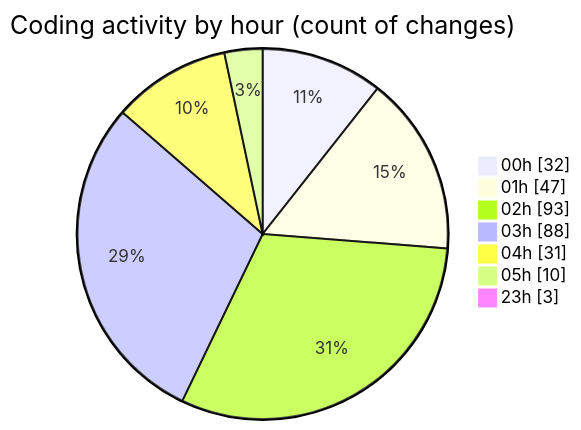
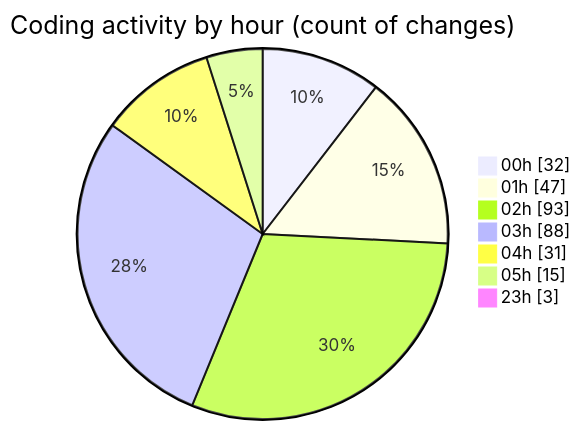
The second of 2 diagrams in 2025-07-28/quanlyrapchieuphim-1/README.md (lephambinh05/code-tracking), drawn with Mermaid before and after one commit. The commit also changed other lines of this file and 1 other file, not shown here.

````diff
--- a/2025-07-28/quanlyrapchieuphim-1/README.md
+++ b/2025-07-28/quanlyrapchieuphim-1/README.md
@@ -71,11 +72,11 @@
 ```mermaid
 pie showData
 title Coding activity by hour (count of changes)
 "00h" : 32
 "01h" : 47
 "02h" : 93
 "03h" : 88
 "04h" : 31
-"05h" : 10
+"05h" : 15
 "23h" : 3
 ```
````
